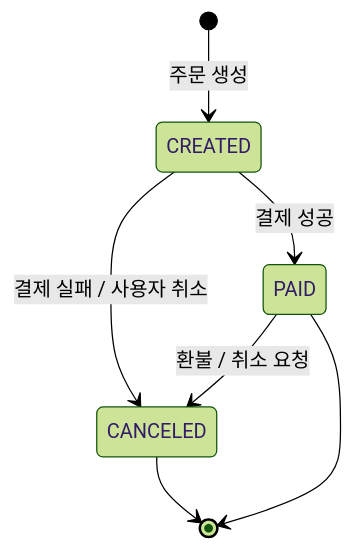
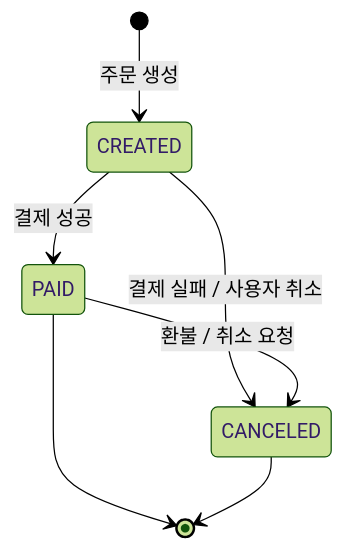
One commit to gokid96/e-commerce changed the first of 4 diagrams in docs/architecture/03-2.StateDiagram.md. Above: the diagram before and after it, drawn with Mermaid (forest theme). The commit also changed other lines of this file, not shown here.

Commit message:
[DOCS] 상태 다이어그램 ERD 정합 (쿠폰 중첩 구조, 상품 상태 추가)

````diff
--- a/docs/architecture/03-2.StateDiagram.md
+++ b/docs/architecture/03-2.StateDiagram.md
@@ -15,9 +15,9 @@
 ```mermaid
 stateDiagram-v2
     [*] --> CREATED: 주문 생성
+    CREATED --> PAID: 결제 성공
     CREATED --> CANCELED: 결제 실패 / 사용자 취소
-    CREATED --> PAID: 결제 성공
     PAID --> CANCELED: 환불 / 취소 요청
     PAID --> [*]
     CANCELED --> [*]
 ```
````
